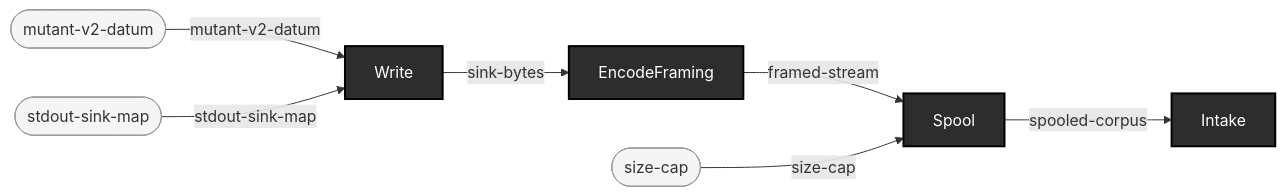
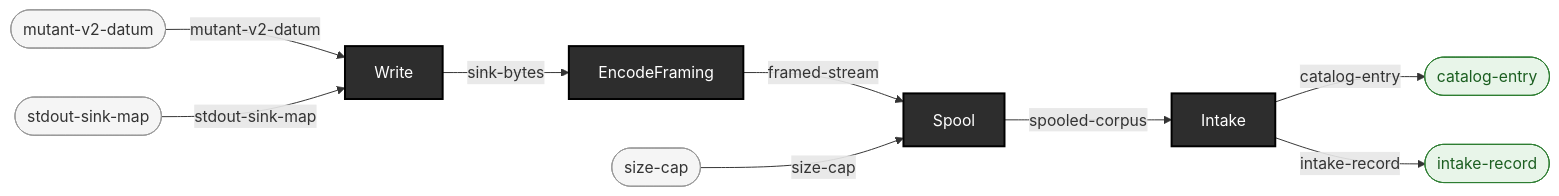
Before and after one commit to pragsmike/ehr-testing-tools: the diagram in docs/use-cases/mutate-output-piped-straight-into-intake.md, drawn with Mermaid. The commit also changed 21 other files, not shown here.

First line of the commit message:
docs: regenerate use-case pages and pipeline diagram with result nodes (mechanical, zero hand edits)

````diff
--- a/docs/use-cases/mutate-output-piped-straight-into-intake.md
+++ b/docs/use-cases/mutate-output-piped-straight-into-intake.md
@@ -39,42 +39,52 @@
 ```mermaid
 flowchart LR
 
     %% --- Source types (raw inputs, not produced by any operation) ---
     mutant_v2_datum(["mutant-v2-datum"])
     size_cap(["size-cap"])
     stdout_sink_map(["stdout-sink-map"])
 
     %% --- Operations (boxes; spiders use distinct shapes) ---
     Write["Write"]
     EncodeFraming["EncodeFraming"]
     Spool["Spool"]
     Intake["Intake"]
+
+    %% --- Result types (terminal outputs) ---
+    catalog_entry_out(["catalog-entry"])
+    intake_record_out(["intake-record"])
 
     %% --- Wires (typed connections) ---
     %% Arrow 1: Write
     mutant_v2_datum -- mutant-v2-datum --> Write
     stdout_sink_map -- stdout-sink-map --> Write
 
     %% Arrow 2: EncodeFraming
     Write -- sink-bytes --> EncodeFraming
 
     %% Arrow 3: Spool
     EncodeFraming -- framed-stream --> Spool
     size_cap -- size-cap --> Spool
 
     %% Arrow 4: Intake
     Spool -- spooled-corpus --> Intake
+    Intake -- "catalog-entry" --> catalog_entry_out
+    Intake -- "intake-record" --> intake_record_out
 
     %% --- Styling ---
 
     %% Operations: dark boxes (fan=blue, funnel=green, enrichment=outlined, gate=purple, external=dashed)
     style Write fill:#2d2d2d,stroke:#000,color:#fff,stroke-width:2px
     style EncodeFraming fill:#2d2d2d,stroke:#000,color:#fff,stroke-width:2px
     style Spool fill:#2d2d2d,stroke:#000,color:#fff,stroke-width:2px
     style Intake fill:#2d2d2d,stroke:#000,color:#fff,stroke-width:2px
 
     %% Source types: light rounded
     style mutant_v2_datum fill:#f5f5f5,stroke:#999,color:#333
     style size_cap fill:#f5f5f5,stroke:#999,color:#333
     style stdout_sink_map fill:#f5f5f5,stroke:#999,color:#333
+
+    %% Result types (terminal outputs): green rounded
+    style catalog_entry_out fill:#e8f5e9,stroke:#2e7d32,color:#1b5e20
+    style intake_record_out fill:#e8f5e9,stroke:#2e7d32,color:#1b5e20
 ```
````
